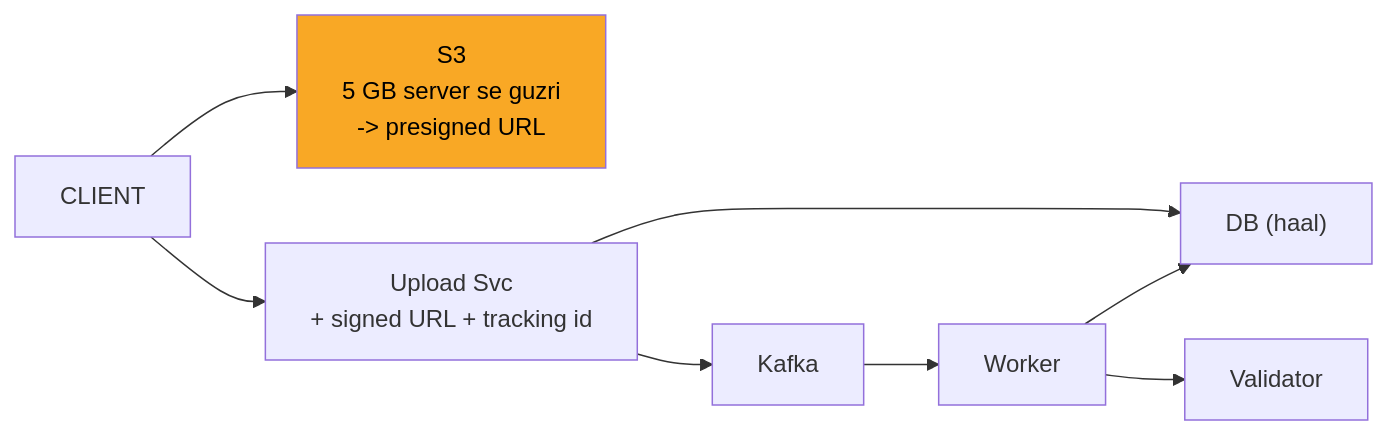
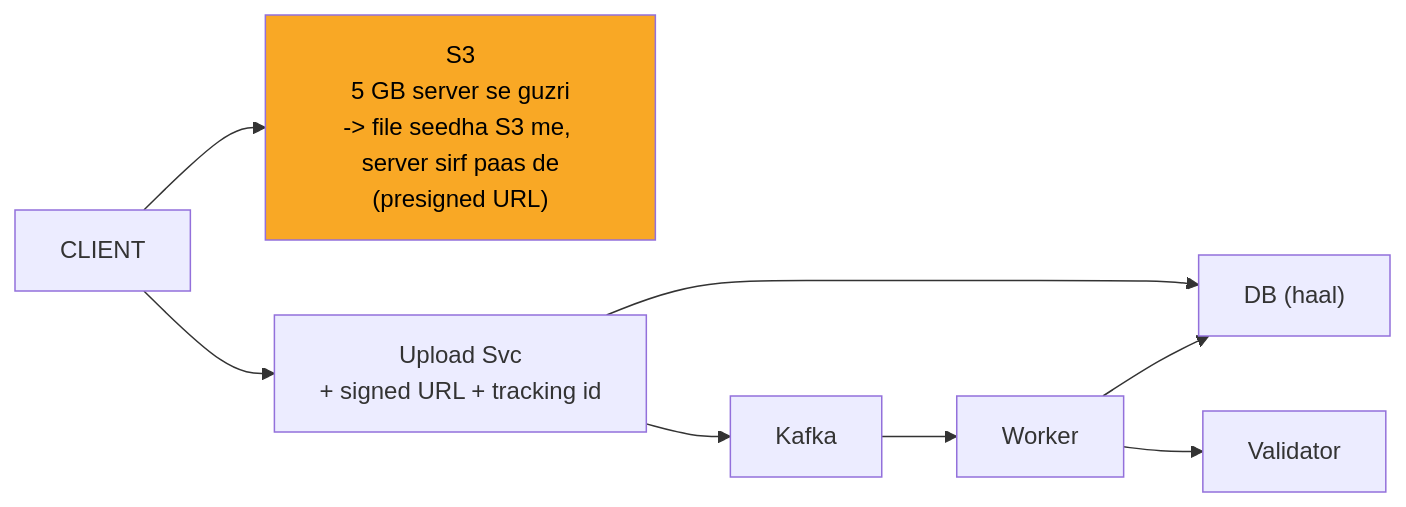
Before and after one commit to ArpanMaheshwari144/Prep: the third of 11 diagrams in 04_HLD/SYSTEM_DESIGNS/07_file_upload_validate_system/07_file_upload_INTERVIEW.md, drawn with Mermaid. The commit also changed other lines of this file and 13 other files, not shown here.

````diff
--- a/04_HLD/SYSTEM_DESIGNS/07_file_upload_validate_system/07_file_upload_INTERVIEW.md
+++ b/04_HLD/SYSTEM_DESIGNS/07_file_upload_validate_system/07_file_upload_INTERVIEW.md
@@ -124,18 +124,18 @@
 ```mermaid
 flowchart LR
     n_CLIENT["CLIENT"]
-    n_S3["S3<br/>5 GB server se guzri<br/>-> presigned URL"]
+    n_S3["S3<br/>5 GB server se guzri<br/>-> file seedha S3 me, server sirf paas de<br/>(presigned URL)"]
     n_Upload_Svc["Upload Svc<br/>+ signed URL + tracking id"]
     n_DB["DB (haal)"]
     n_Kafka["Kafka"]
     n_Worker["Worker"]
     n_Validator["Validator"]
     n_CLIENT --> n_S3
     n_CLIENT --> n_Upload_Svc
     n_Upload_Svc --> n_DB
     n_Upload_Svc --> n_Kafka
     n_Kafka --> n_Worker
     n_Worker --> n_Validator
     n_Worker --> n_DB
     style n_S3 fill:#f9a825,color:#000
 ```
````
